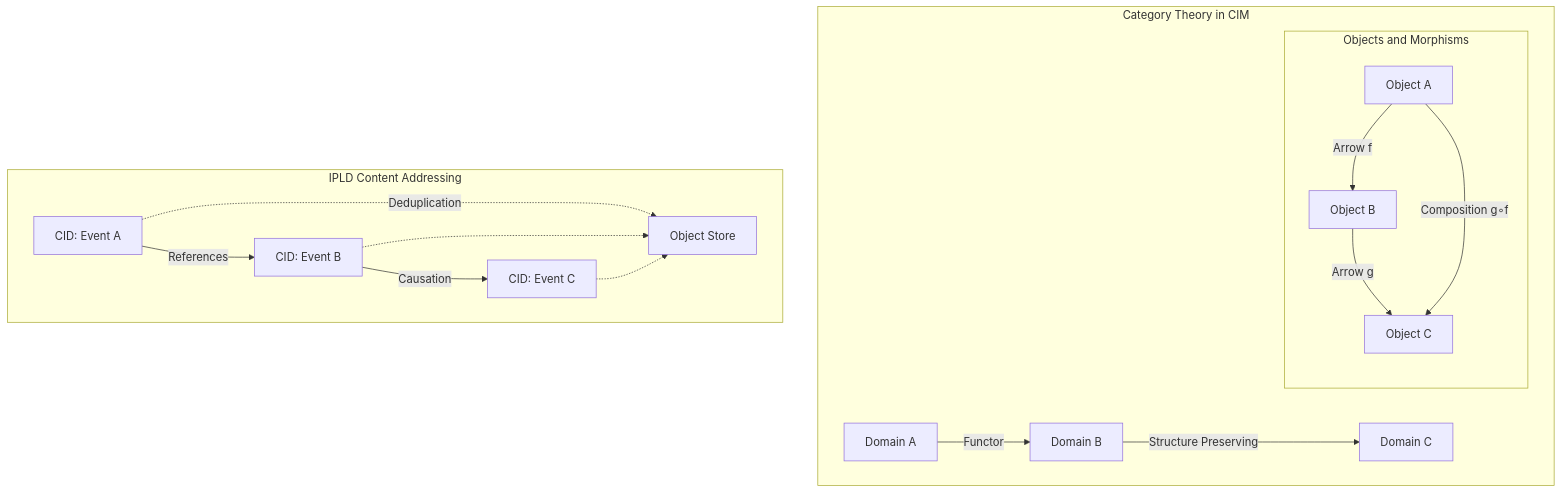
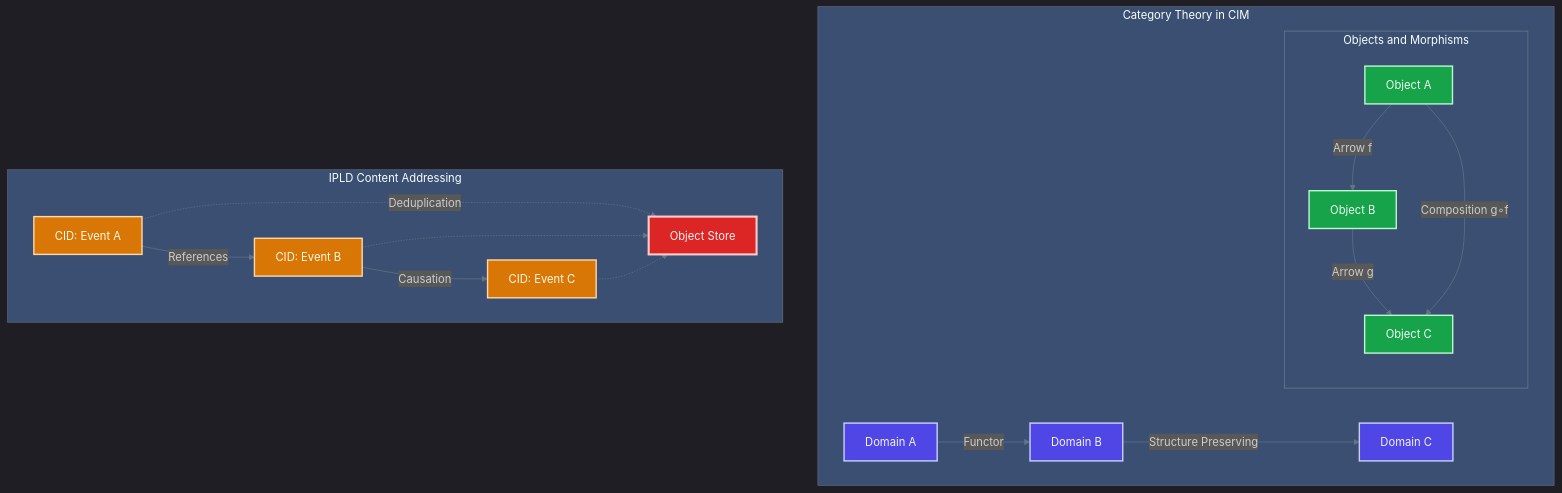
Before and after one commit to TheCowboyAI/cim-start: the diagram in .claude/agents/cim-expert.md, drawn with Mermaid. The commit also changed other lines of this file and 33 other files, not shown here.

````diff
--- a/.claude/agents/cim-expert.md
+++ b/.claude/agents/cim-expert.md
@@ -119,21 +123,32 @@
 ```mermaid
+%%{init: {"theme":"dark","themeVariables":{"primaryColor":"#4f46e5","primaryTextColor":"#f8fafc","primaryBorderColor":"#6366f1","lineColor":"#64748b","secondaryColor":"#1e293b","tertiaryColor":"#0f172a","background":"#0f172a","mainBkg":"#1e293b","secondBkg":"#334155","tertiaryBkg":"#475569"}}}%%
 graph TB
     subgraph "Category Theory in CIM"
         D1[Domain A] --> |Functor| D2[Domain B]
         D2 --> |Structure Preserving| D3[Domain C]
         
         subgraph "Objects and Morphisms"
             O1[Object A] --> |Arrow f| O2[Object B]
             O2 --> |Arrow g| O3[Object C]
             O1 --> |Composition g∘f| O3
         end
     end
     
     subgraph "IPLD Content Addressing"
         CID1[CID: Event A] --> |References| CID2[CID: Event B]
         CID2 --> |Causation| CID3[CID: Event C]
         CID1 -.-> |Deduplication| Store[Object Store]
         CID2 -.-> Store
         CID3 -.-> Store
     end
+    
+    classDef domainNode fill:#4f46e5,stroke:#c7d2fe,stroke-width:2px,color:#f1f5f9
+    classDef objectNode fill:#16a34a,stroke:#bbf7d0,stroke-width:2px,color:#f0fdf4
+    classDef cidNode fill:#d97706,stroke:#fed7aa,stroke-width:2px,color:#fffbeb
+    classDef storeNode fill:#dc2626,stroke:#fecaca,stroke-width:3px,color:#fef2f2
+    
+    class D1,D2,D3 domainNode
+    class O1,O2,O3 objectNode
+    class CID1,CID2,CID3 cidNode
+    class Store storeNode
 ```
````
